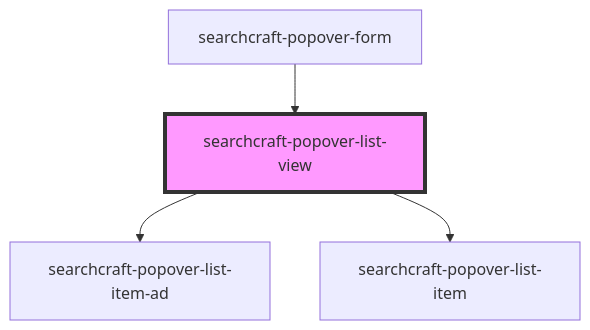
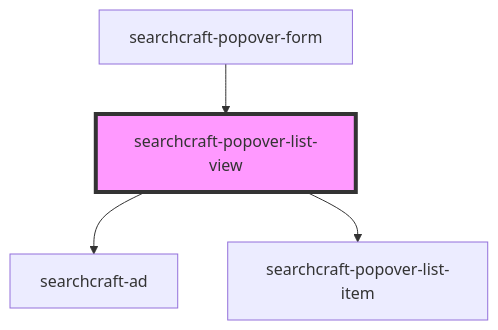
The diagram in packages/javascript-sdk/src/components/searchcraft-popover-list-view/readme.md (searchcraft-inc/searchcraft-javascript-sdks), drawn with Mermaid before and after one commit. The commit also changed other lines of this file and 60 other files, not shown here.

````diff
--- a/packages/javascript-sdk/src/components/searchcraft-popover-list-view/readme.md
+++ b/packages/javascript-sdk/src/components/searchcraft-popover-list-view/readme.md
@@ -42,7 +42,7 @@
 ```mermaid
 graph TD;
-  searchcraft-popover-list-view --> searchcraft-popover-list-item-ad
+  searchcraft-popover-list-view --> searchcraft-ad
   searchcraft-popover-list-view --> searchcraft-popover-list-item
   searchcraft-popover-form --> searchcraft-popover-list-view
   style searchcraft-popover-list-view fill:#f9f,stroke:#333,stroke-width:4px
 ```
````
